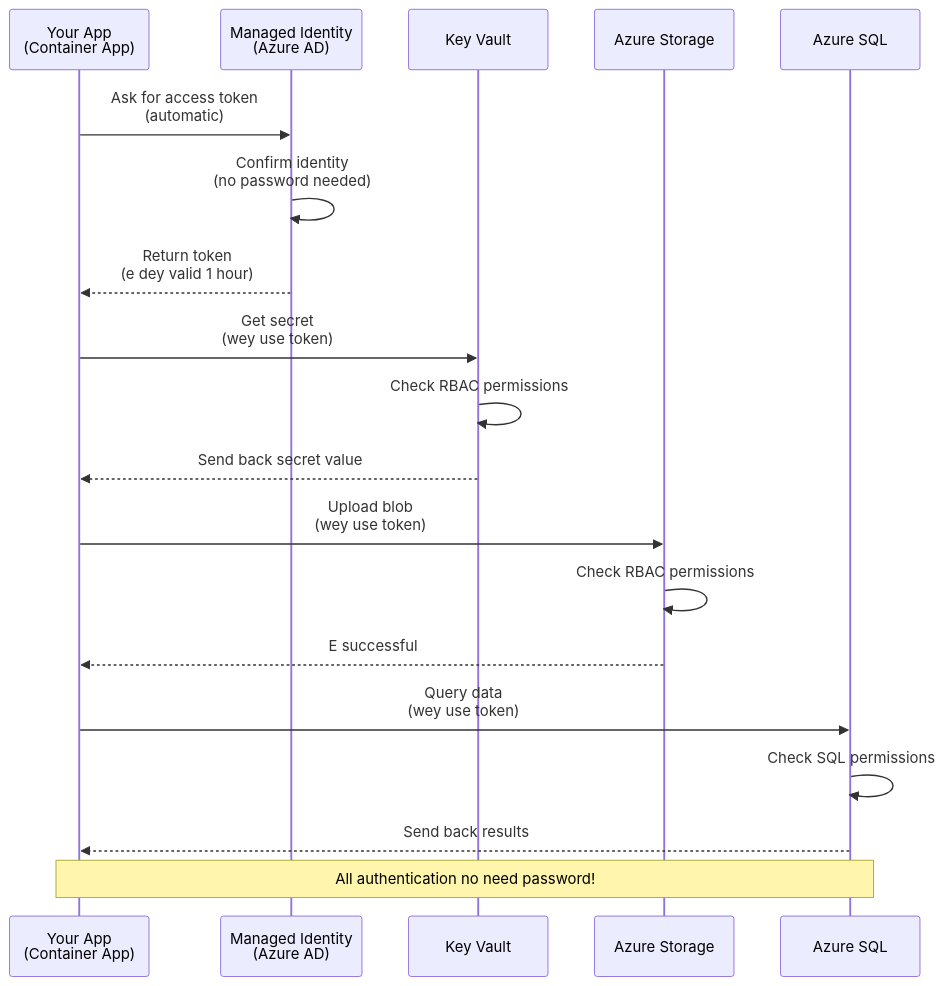
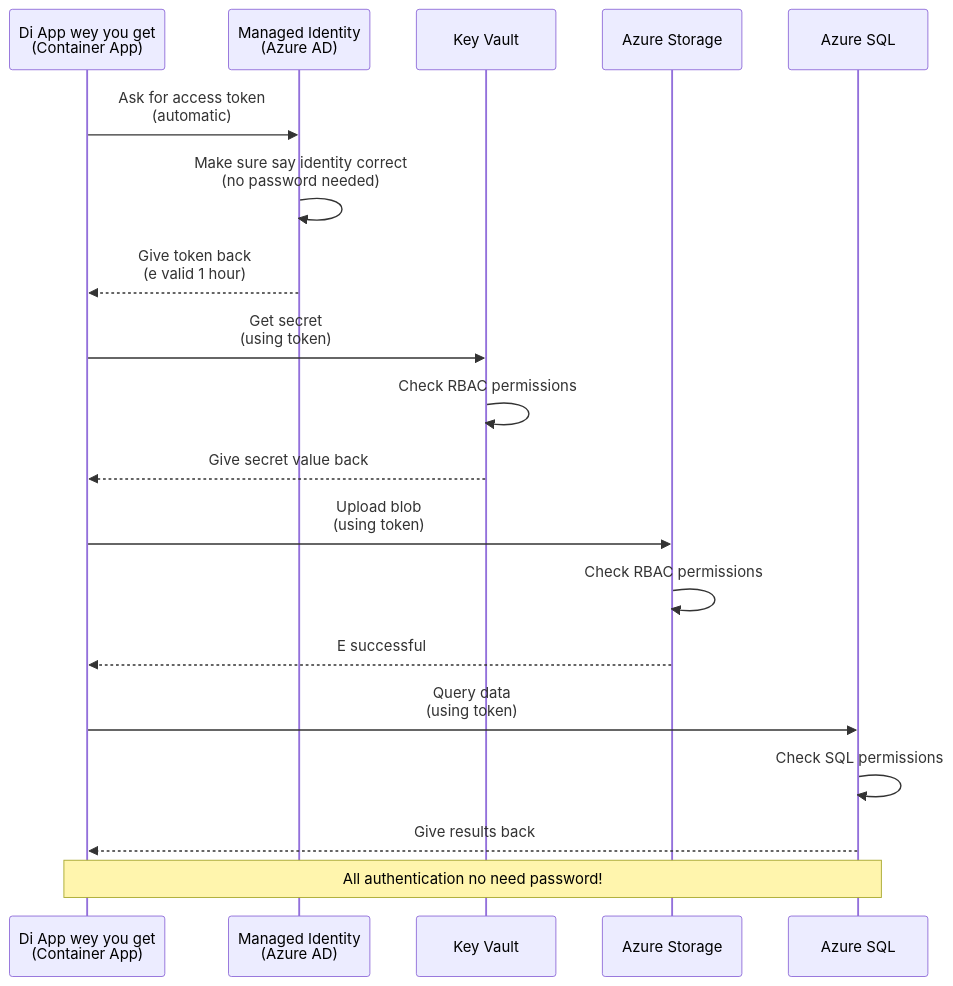
The first of 2 diagrams in translations/pcm/docs/chapter-03-configuration/authsecurity.md (microsoft/AZD-for-beginners), drawn with Mermaid before and after one commit. The commit also changed other lines of this file and 101 other files, not shown here.

````diff
--- a/translations/pcm/docs/chapter-03-configuration/authsecurity.md
+++ b/translations/pcm/docs/chapter-03-configuration/authsecurity.md
@@ -69,26 +69,26 @@
 ```mermaid
 sequenceDiagram
-    participant App as Your App<br/>(Container App)
+    participant App as Di App wey you get<br/>(Container App)
     participant MI as Managed Identity<br/>(Azure AD)
     participant KV as Key Vault
     participant Storage as Azure Storage
     participant DB as Azure SQL
     
     App->>MI: Ask for access token<br/>(automatic)
-    MI->>MI: Confirm identity<br/>(no password needed)
-    MI-->>App: Return token<br/>(e dey valid 1 hour)
+    MI->>MI: Make sure say identity correct<br/>(no password needed)
+    MI-->>App: Give token back<br/>(e valid 1 hour)
     
-    App->>KV: Get secret<br/>(wey use token)
+    App->>KV: Get secret<br/>(using token)
     KV->>KV: Check RBAC permissions
-    KV-->>App: Send back secret value
+    KV-->>App: Give secret value back
     
-    App->>Storage: Upload blob<br/>(wey use token)
+    App->>Storage: Upload blob<br/>(using token)
     Storage->>Storage: Check RBAC permissions
     Storage-->>App: E successful
     
-    App->>DB: Query data<br/>(wey use token)
+    App->>DB: Query data<br/>(using token)
     DB->>DB: Check SQL permissions
-    DB-->>App: Send back results
+    DB-->>App: Give results back
     
     Note over App,DB: All authentication no need password!
 ```
````
